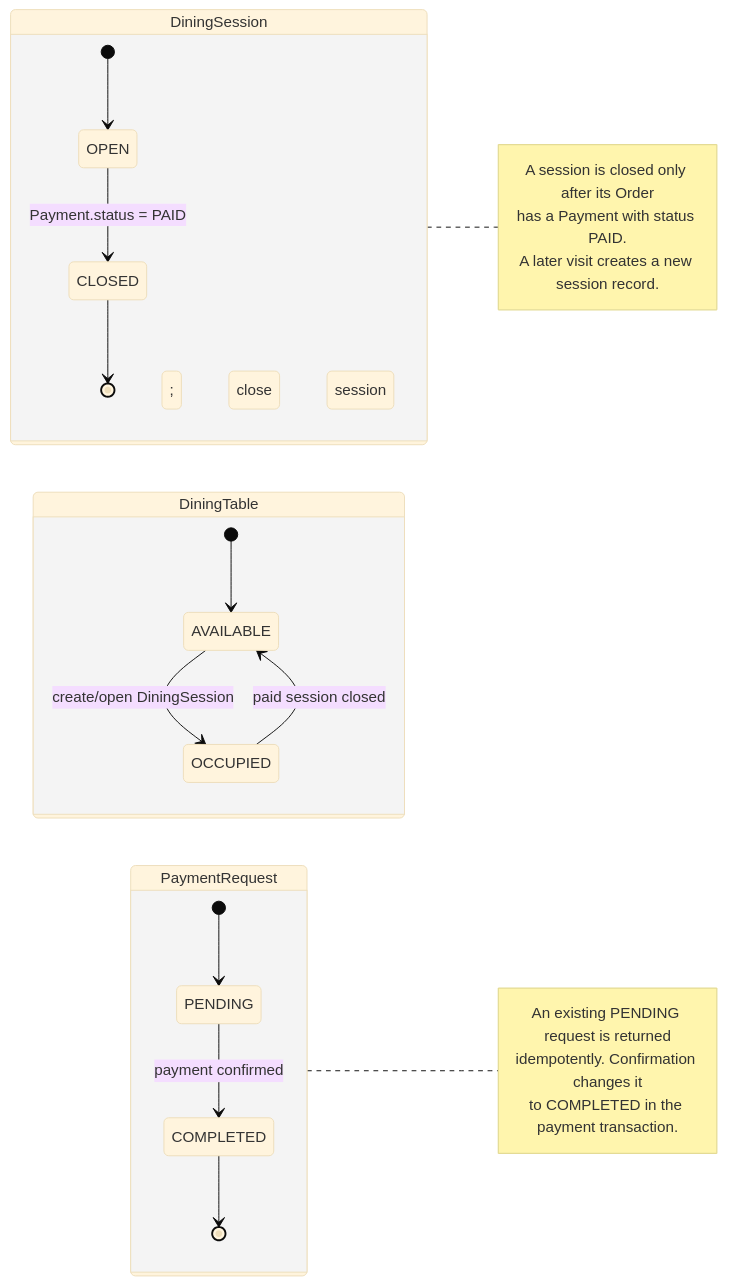
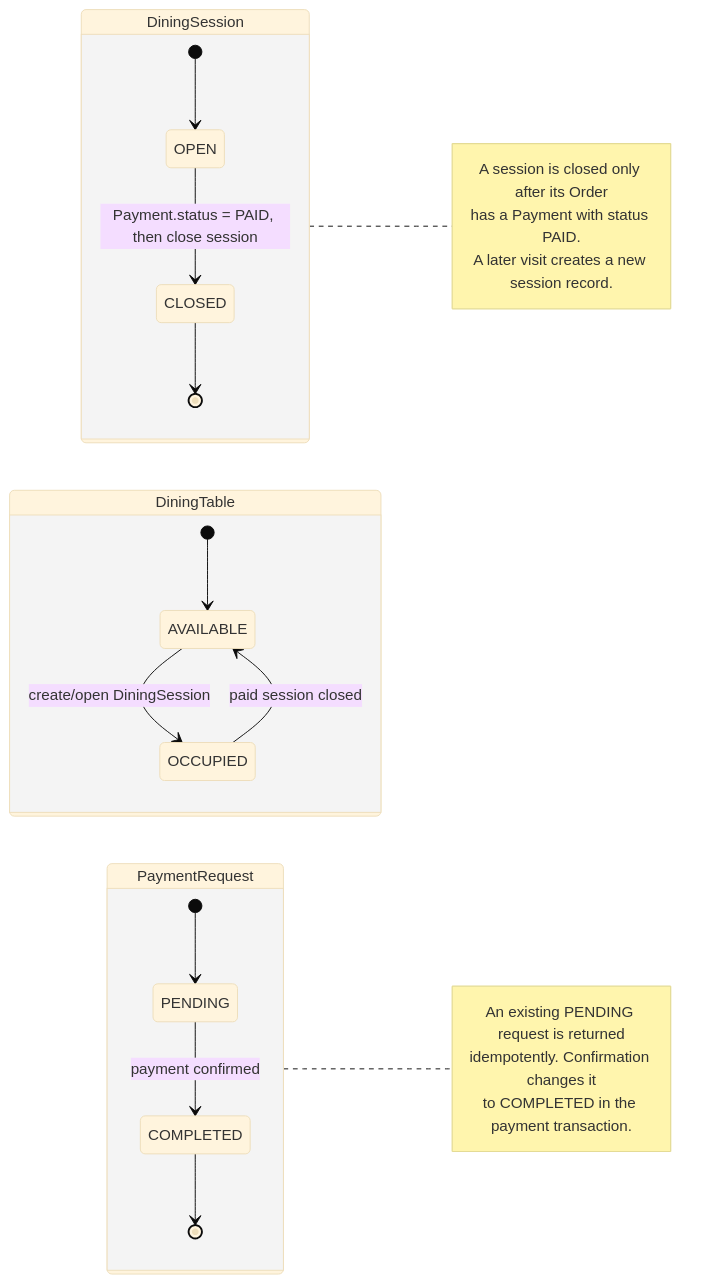
One commit to NTMHuy/ResMan changed the diagram in docs/analysis/diagrams/state-lifecycle.mmd. Above: the diagram before and after it, drawn with Mermaid (base theme).

Commit message:
docs(diagrams): simplify state transition label

```diff
--- a/docs/analysis/diagrams/state-lifecycle.mmd
+++ b/docs/analysis/diagrams/state-lifecycle.mmd
@@ -1,38 +1,38 @@
 stateDiagram-v2
   direction LR
 
   state "DiningSession" as DiningSession {
     [*] --> DS_OPEN
     state "OPEN" as DS_OPEN
     state "CLOSED" as DS_CLOSED
-    DS_OPEN --> DS_CLOSED: Payment.status = PAID; close session
+    DS_OPEN --> DS_CLOSED: Payment.status = PAID, then close session
     DS_CLOSED --> [*]
   }
 
   state "DiningTable" as DiningTable {
     [*] --> DT_AVAILABLE
     state "AVAILABLE" as DT_AVAILABLE
     state "OCCUPIED" as DT_OCCUPIED
     DT_AVAILABLE --> DT_OCCUPIED: create/open DiningSession
     DT_OCCUPIED --> DT_AVAILABLE: paid session closed
   }
 
   state "PaymentRequest" as PaymentRequest {
     [*] --> PR_PENDING
     state "PENDING" as PR_PENDING
     state "COMPLETED" as PR_COMPLETED
     PR_PENDING --> PR_COMPLETED: payment confirmed
     PR_COMPLETED --> [*]
   }
 
   note right of DiningSession
     A session is closed only after its Order
     has a Payment with status PAID.
     A later visit creates a new session record.
   end note
 
   note right of PaymentRequest
     An existing PENDING request is returned
     idempotently. Confirmation changes it
     to COMPLETED in the payment transaction.
   end note
```
